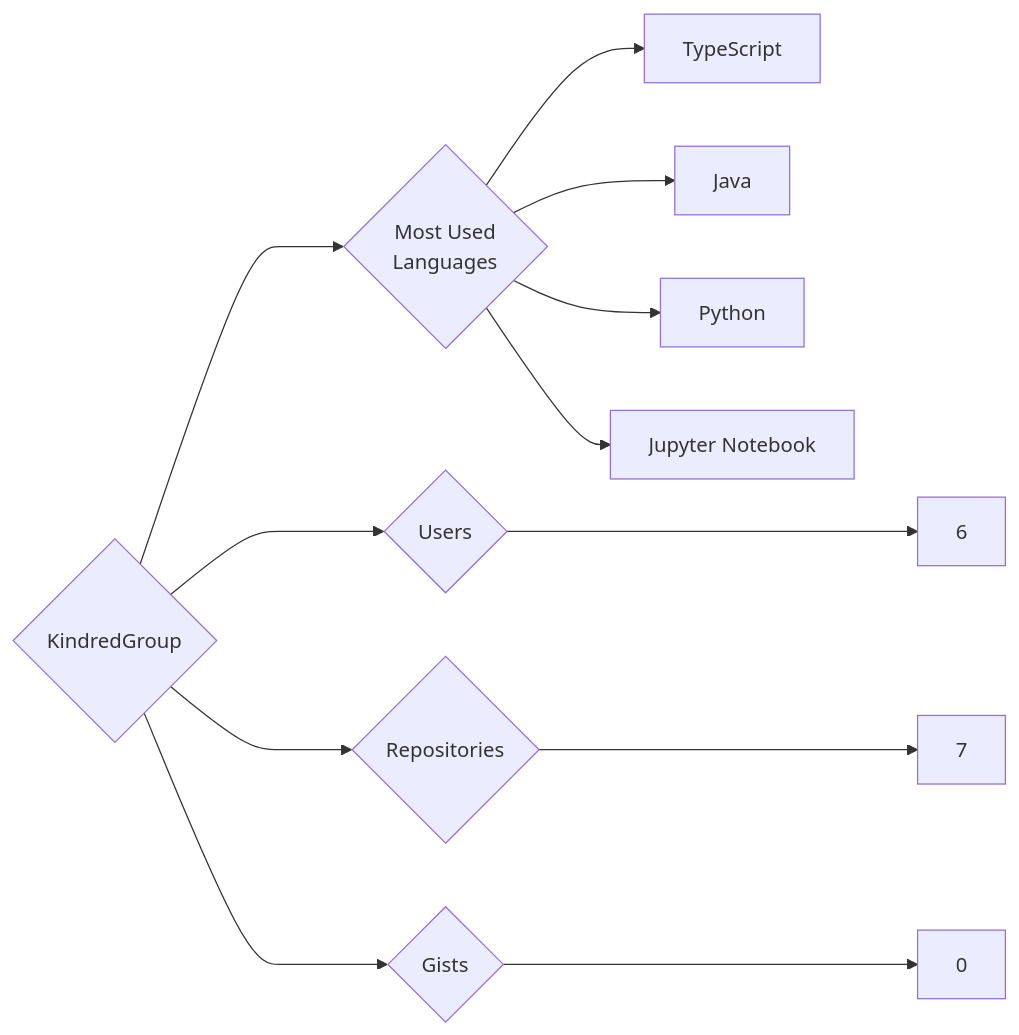
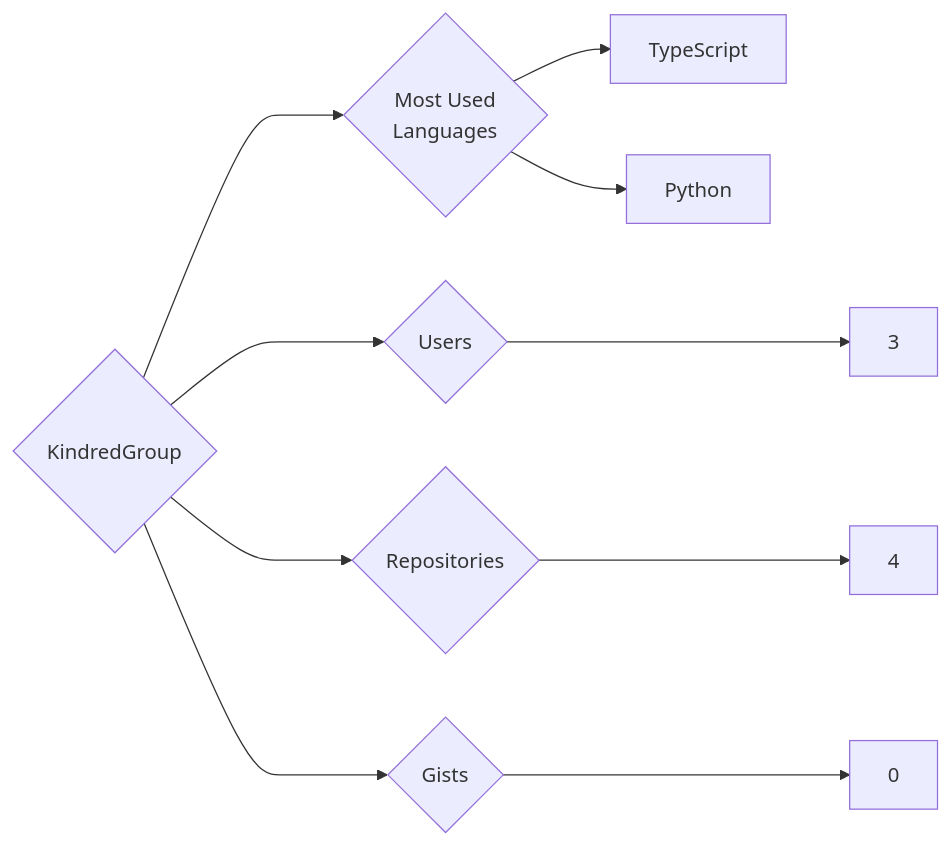
Before and after one commit to trickest/insiders: the diagram in targets/KindredGroup/README.md, drawn with Mermaid. The commit also changed 1389 other files, not shown here.

````diff
--- a/targets/KindredGroup/README.md
+++ b/targets/KindredGroup/README.md
@@ -3,12 +3,10 @@
 ```mermaid
 graph LR
 COMPANY_NAME{KindredGroup}
-COMPANY_NAME ---> U{Users} ---> UN[6]
-COMPANY_NAME ---> R{Repositories} ---> RN[7]
+COMPANY_NAME ---> U{Users} ---> UN[3]
+COMPANY_NAME ---> R{Repositories} ---> RN[4]
 COMPANY_NAME ---> G{Gists} ---> GN[0]
 COMPANY_NAME ---> ML{Most Used<br>Languages}
 ML --> TypeScript[TypeScript]
-ML --> Java[Java]
 ML --> Python[Python]
-ML --> Jupyter_Notebook[Jupyter Notebook]
 ```
````
